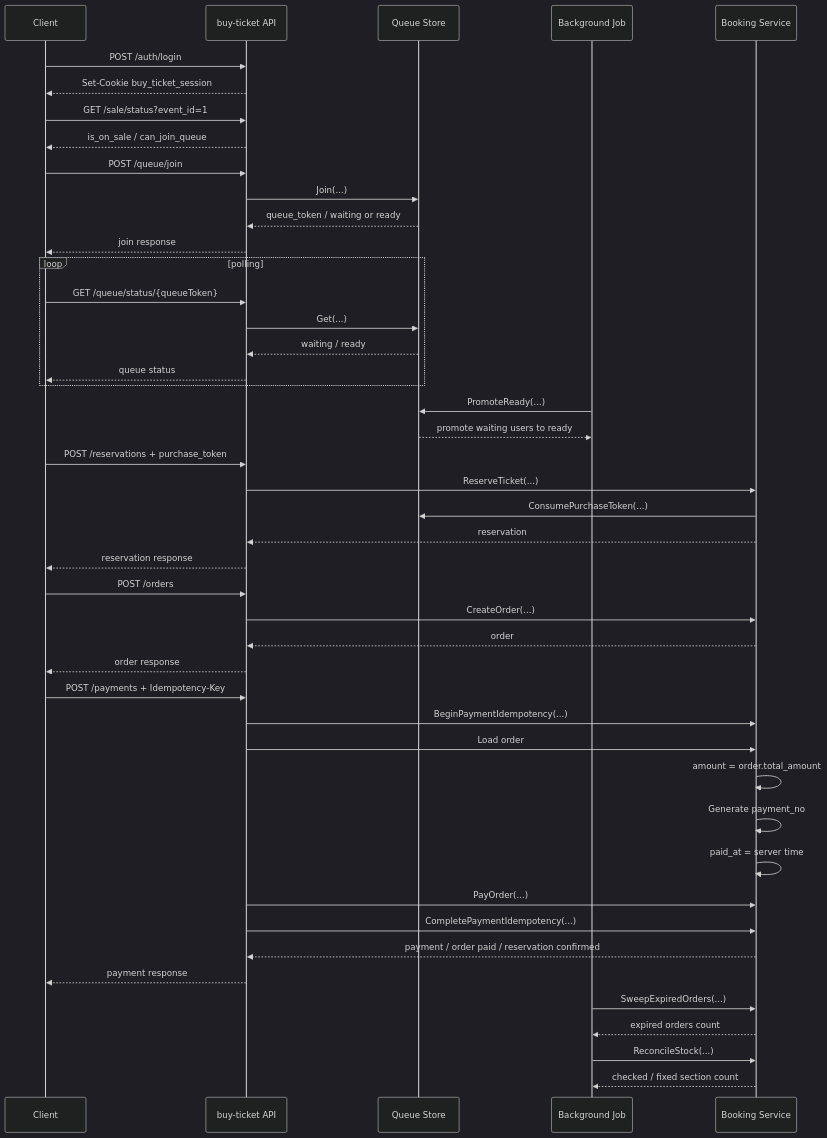
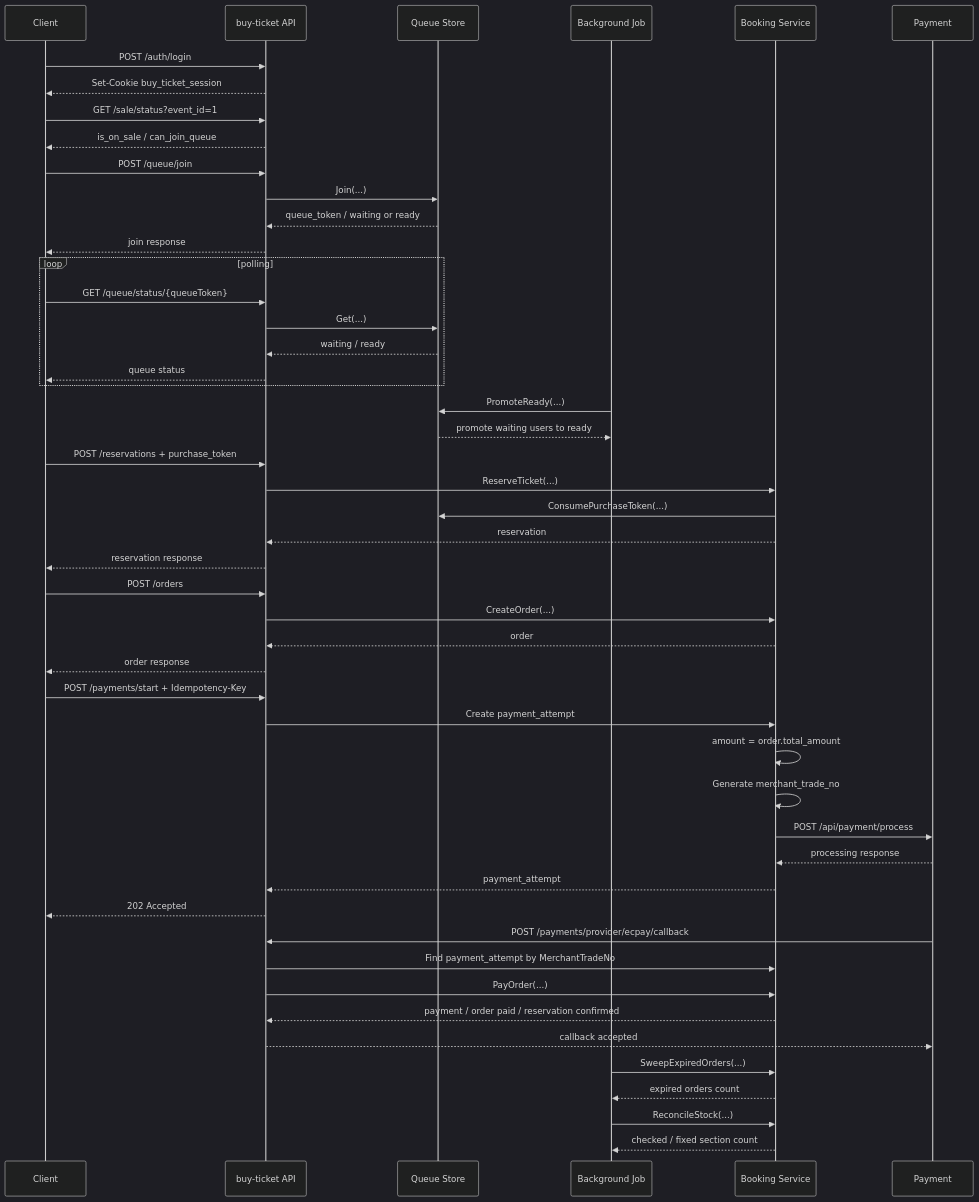
Before and after one commit to austin72905/buy-ticket: the second of 2 diagrams in doc/api-flow.md, drawn with Mermaid (dark theme). The commit also changed other lines of this file and 35 other files, not shown here.

````diff
--- a/doc/api-flow.md
+++ b/doc/api-flow.md
@@ -64,57 +66,61 @@
 ```mermaid
 sequenceDiagram
     participant Client as Client
     participant API as buy-ticket API
     participant Queue as Queue Store
     participant Job as Background Job
     participant Booking as Booking Service
 
     Client->>API: POST /auth/login
     API-->>Client: Set-Cookie buy_ticket_session
 
     Client->>API: GET /sale/status?event_id=1
     API-->>Client: is_on_sale / can_join_queue
 
     Client->>API: POST /queue/join
     API->>Queue: Join(...)
     Queue-->>API: queue_token / waiting or ready
     API-->>Client: join response
 
     loop polling
         Client->>API: GET /queue/status/{queueToken}
         API->>Queue: Get(...)
         Queue-->>API: waiting / ready
         API-->>Client: queue status
     end
 
     Job->>Queue: PromoteReady(...)
     Queue-->>Job: promote waiting users to ready
 
     Client->>API: POST /reservations + purchase_token
     API->>Booking: ReserveTicket(...)
     Booking->>Queue: ConsumePurchaseToken(...)
     Booking-->>API: reservation
     API-->>Client: reservation response
 
     Client->>API: POST /orders
     API->>Booking: CreateOrder(...)
     Booking-->>API: order
     API-->>Client: order response
 
-    Client->>API: POST /payments + Idempotency-Key
-    API->>Booking: BeginPaymentIdempotency(...)
-    API->>Booking: Load order
+    Client->>API: POST /payments/start + Idempotency-Key
+    API->>Booking: Create payment_attempt
     Booking->>Booking: amount = order.total_amount
-    Booking->>Booking: Generate payment_no
-    Booking->>Booking: paid_at = server time
+    Booking->>Booking: Generate merchant_trade_no
+    Booking->>Payment: POST /api/payment/process
+    Payment-->>Booking: processing response
+    Booking-->>API: payment_attempt
+    API-->>Client: 202 Accepted
+
+    Payment->>API: POST /payments/provider/ecpay/callback
+    API->>Booking: Find payment_attempt by MerchantTradeNo
     API->>Booking: PayOrder(...)
-    API->>Booking: CompletePaymentIdempotency(...)
     Booking-->>API: payment / order paid / reservation confirmed
-    API-->>Client: payment response
+    API-->>Payment: callback accepted
 
     Job->>Booking: SweepExpiredOrders(...)
     Booking-->>Job: expired orders count
 
     Job->>Booking: ReconcileStock(...)
     Booking-->>Job: checked / fixed section count
 ```
````
